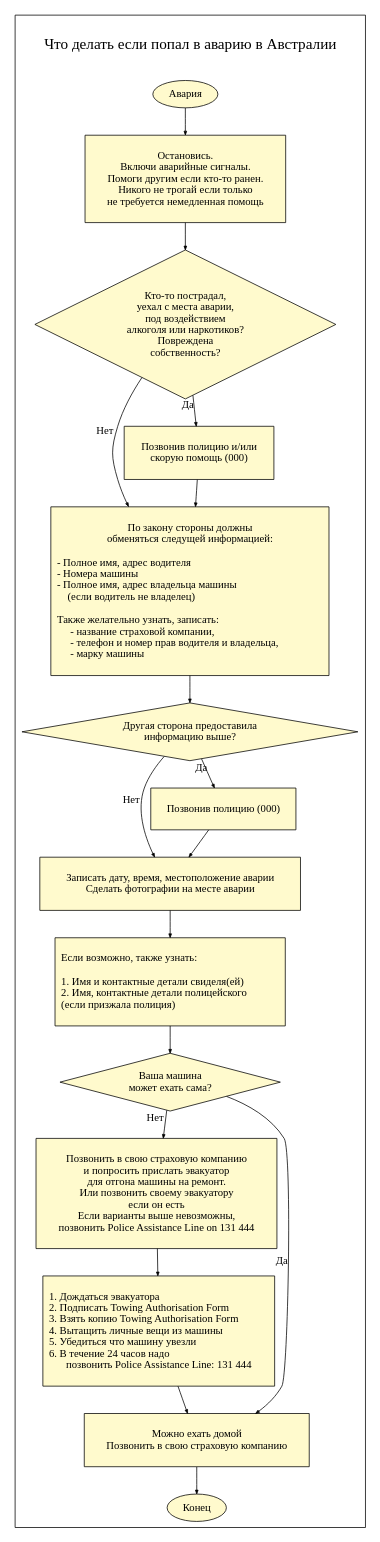
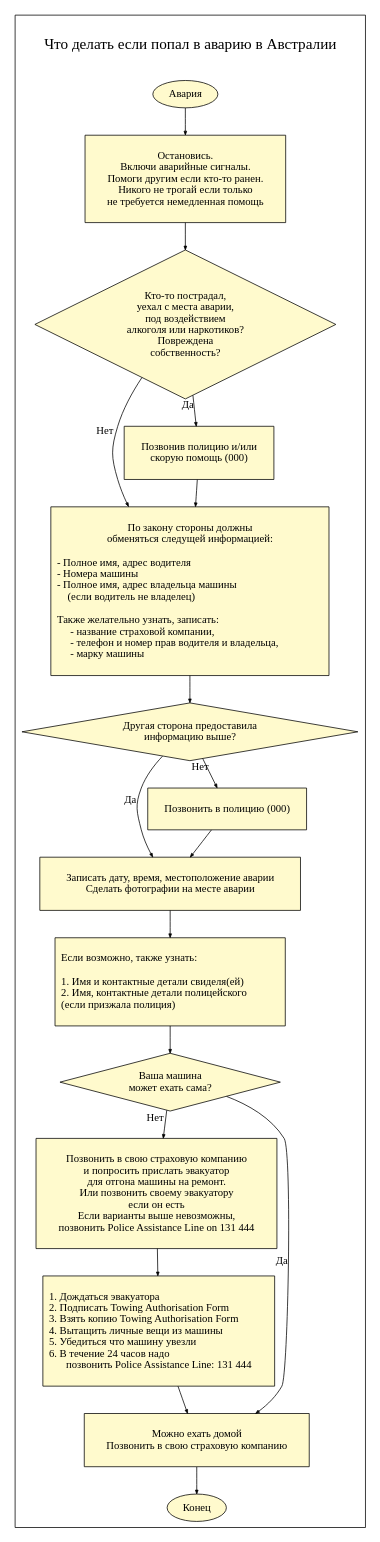
Before and after one commit to machetto/caraccident: the diagram in what_to_do_in_car_accident_rus.dot, drawn with Graphviz. The commit also changed 5 other files, not shown here.

Commit message:
Swapped NO and YES in chart. Cosmetic label fix

```diff
--- a/what_to_do_in_car_accident_rus.dot
+++ b/what_to_do_in_car_accident_rus.dot
@@ -1,62 +1,62 @@
 digraph {
 fontsize=20; fontname=Calibri;bgcolor="white";
 #splines=ortho; nodesep=0;
 edge [penwidth=1, color=black, arrowsize=.5, fontname=Calibri]
 
 subgraph cluster_0 {
 
 label = "\nЧто делать если попал в аварию в Австралии\n\n";
 
 node [shape=box, fontname=Calibri, style=filled,fillcolor=lemonchiffon;];
 
 {node [label="\nОстановись.\nВключи аварийные сигналы.\nПомоги другим если кто-то ранен.\nНикого не трогай если только\nне требуется немедленная помощь\n\n"] N2;}
 
 {node [label="\nПо закону стороны должны\nобменяться следущей информацией:\n\n- Полное имя, адрес водителя\l- Номера машины\l- Полное имя, адрес владельца машины\l     (если водитель не владелец)\l\nТакже желательно узнать, записать:\l      - название страховой компании,\l      - телефон и номер прав водителя и владельца,\l      - марку машины\l\n"] N5; }
 
 {node [label="\nЗаписать дату, время, местоположение аварии\nСделать фотографии на месте аварии\n\n"] N8;}
 
 {node [label="\nЕсли возможно, также узнать:\l\l1. Имя и контактные детали свиделя(ей)\l2. Имя, контактные детали полицейского\l(если призжала полиция)\l\n"] "N9";}
 
 {node [label="\nПозвонить в свою страховую компанию\nи попросить прислать эвакуатор\nдля отгона машины на ремонт.\nИли позвонить своему эвакуатору\nесли он есть\nЕсли варианты выше невозможны,\nпозвонить Police Assistance Line on 131 444\n\n"] "N12";}
 
 {node [label="\l1. Дождаться эвакуатора\l2. Подписать Towing Authorisation Form\l3. Взять копию Towing Authorisation Form\l4. Вытащить личные вещи из машины\l5. Убедиться что машину увезли\l6. В течение 24 часов надо\lпозвонить Police Assistance Line: 131 444\n\n"] "N13";}
 
 {node [label="\nМожно ехать домой\nПозвонить в свою страховую компанию\n\n"] "N14";}
 
 {node [label="\nПозвонив полицию и/или\nскорую помощь (000)\n\n"] "N4";}
 
-{node [label="\nПозвонив полицию (000)\n\n"] "N7";}
+{node [label="\nПозвонить в полицию (000)\n\n"] "N7";}
 
 node [shape=ellipse];
 
 {node [label="Авария"] N1; }
 
 {node [label="Конец"] N15; }
 
 node [shape=diamond];
 
 {node [label="Кто-то пострадал,\nуехал c места аварии,\nпод воздействием\nалкоголя или наркотиков?\nПовреждена\nсобственность?"] "N3";}
 
 {node [label="Другая сторона предоставила\nинформацию выше?"] N6;}
 
 {node [label="Ваша машина\nможет ехать сама?"] N11;}
 
 }
 
 N1 -> N2;
 N2 -> N3;
 N3 -> N4 [xlabel="Да"];
 N4 -> N5;
 N3 -> N5 [xlabel="Нет"];
 N5 -> N6;
-N6 -> N7 [xlabel="Да"];
+N6 -> N7 [xlabel="Нет"];
 N7 -> N8;
-N6 -> N8 [xlabel="Нет"];
+N6 -> N8 [xlabel="Да"];
 N8 -> N9;
 N9 -> N11;
 N11 -> N12 [xlabel="Нет"];
 N12 -> N13;
 N13 -> N14;
 N14 -> N15;
 N11 -> N14 [xlabel="Да"];
 }
```
